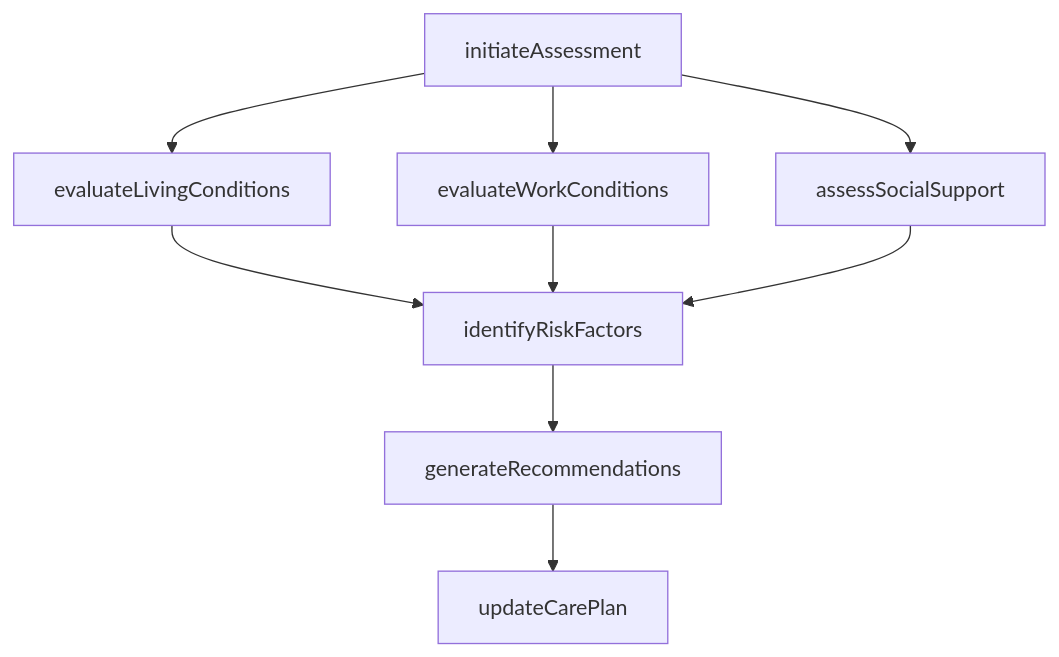
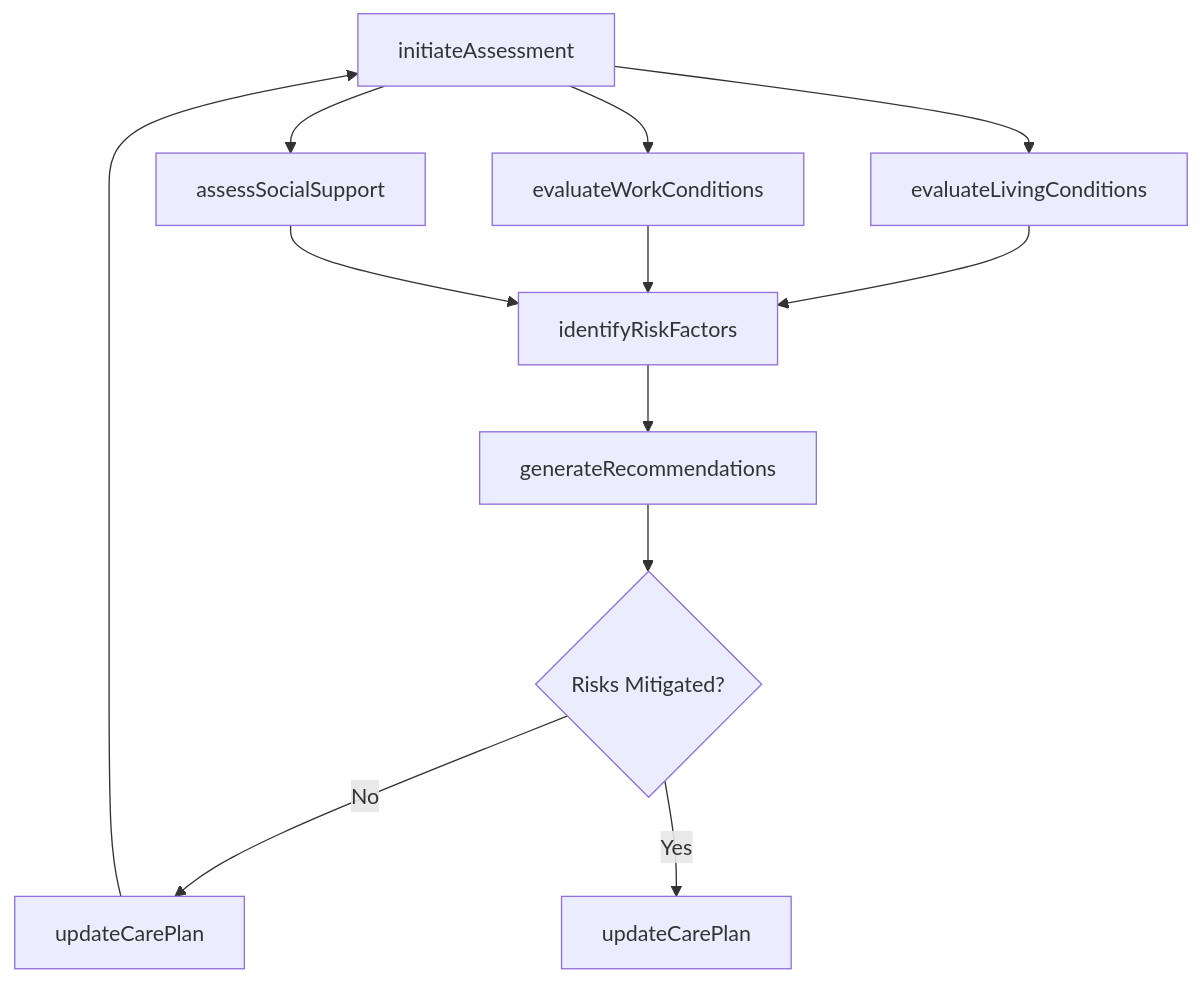
One commit to dot-org-ai/tasks.org.ai changed the third of 4 diagrams in JudgingTheQualitiesOfObjectsServicesOrPeople/AssessLivingWorkOrSocialNeedsOrStatusOfIndividualsOrCommunities/AssessPatientWorkLivingSocial.mdx. Above: the diagram before and after it, drawn with Mermaid. The commit also changed other lines of this file and 266 other files, not shown here.

First line of the commit message:
feat: Add ER diagrams, state diagrams to wave 2 batch (251 DWA files)

````diff
--- a/JudgingTheQualitiesOfObjectsServicesOrPeople/AssessLivingWorkOrSocialNeedsOrStatusOfIndividualsOrCommunities/AssessPatientWorkLivingSocial.mdx
+++ b/JudgingTheQualitiesOfObjectsServicesOrPeople/AssessLivingWorkOrSocialNeedsOrStatusOfIndividualsOrCommunities/AssessPatientWorkLivingSocial.mdx
@@ -87,11 +116,14 @@
 ```mermaid
 graph TD
     A[initiateAssessment] --> B[evaluateLivingConditions]
     A --> C[evaluateWorkConditions]
     A --> D[assessSocialSupport]
     B --> E[identifyRiskFactors]
     C --> E
     D --> E
     E --> F[generateRecommendations]
-    F --> G[updateCarePlan]
+    F --> G{Risks Mitigated?}
+    G -->|No| H[updateCarePlan]
+    H --> A
+    G -->|Yes| I[updateCarePlan]
 ```
````
